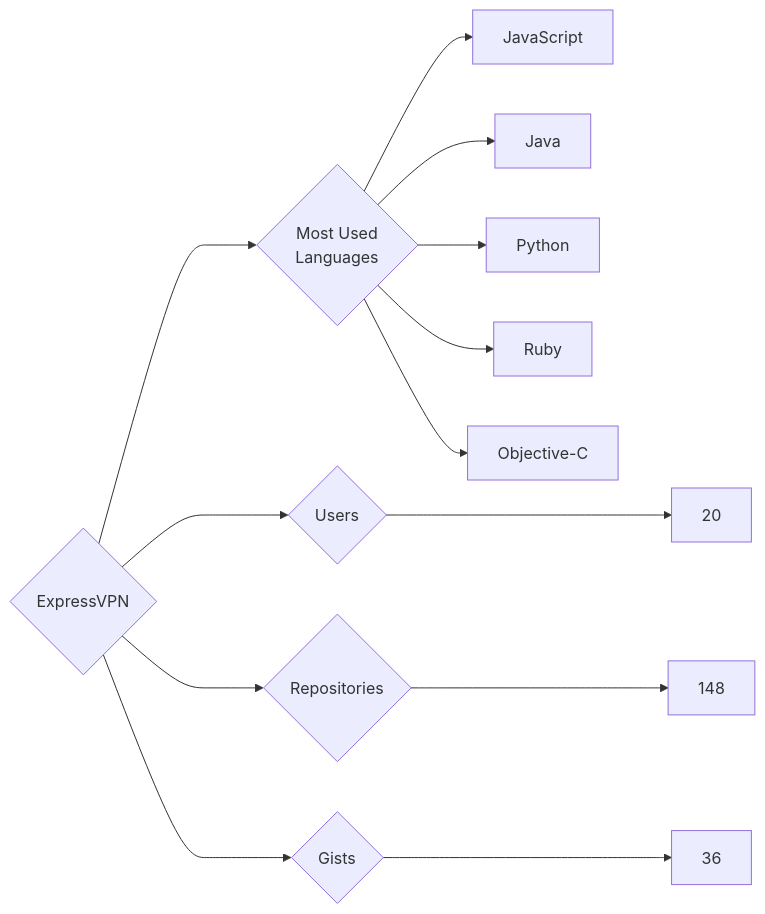
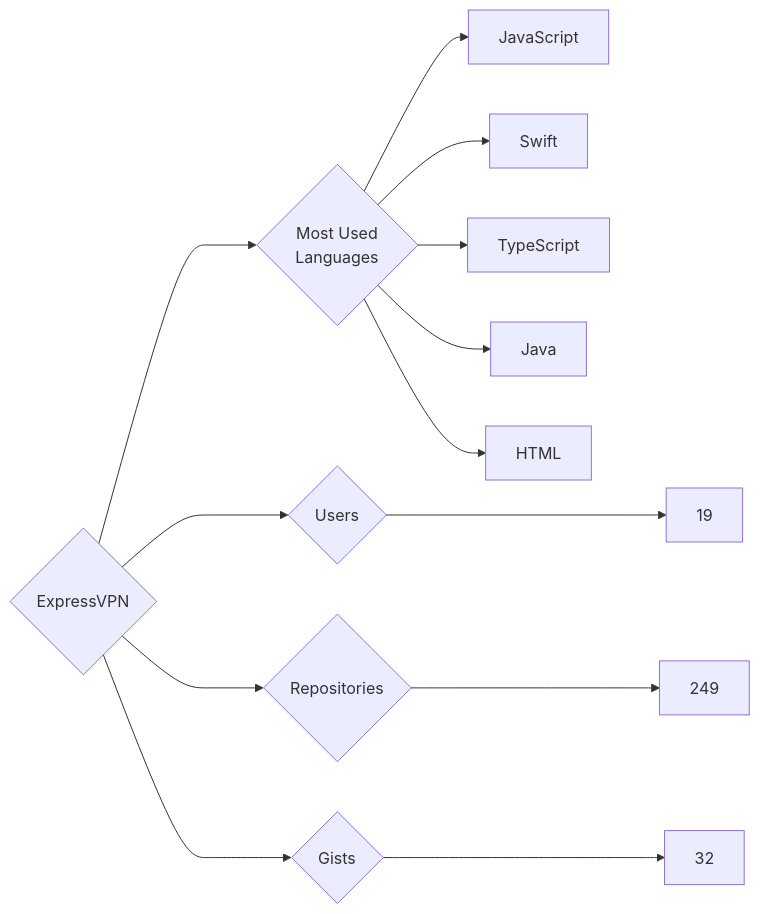
Before and after one commit to trickest/insiders: the diagram in targets/ExpressVPN/README.md, drawn with Mermaid. The commit also changed 772 other files, not shown here.

````diff
--- a/targets/ExpressVPN/README.md
+++ b/targets/ExpressVPN/README.md
@@ -3,13 +3,13 @@
 ```mermaid
 graph LR
 COMPANY_NAME{ExpressVPN}
-COMPANY_NAME ---> U{Users} ---> UN[20]
-COMPANY_NAME ---> R{Repositories} ---> RN[148]
-COMPANY_NAME ---> G{Gists} ---> GN[36]
+COMPANY_NAME ---> U{Users} ---> UN[19]
+COMPANY_NAME ---> R{Repositories} ---> RN[249]
+COMPANY_NAME ---> G{Gists} ---> GN[32]
 COMPANY_NAME ---> ML{Most Used<br>Languages}
 ML --> JavaScript[JavaScript]
+ML --> Swift[Swift]
+ML --> TypeScript[TypeScript]
 ML --> Java[Java]
-ML --> Python[Python]
-ML --> Ruby[Ruby]
-ML --> Objective-C[Objective-C]
+ML --> HTML[HTML]
 ```
````
